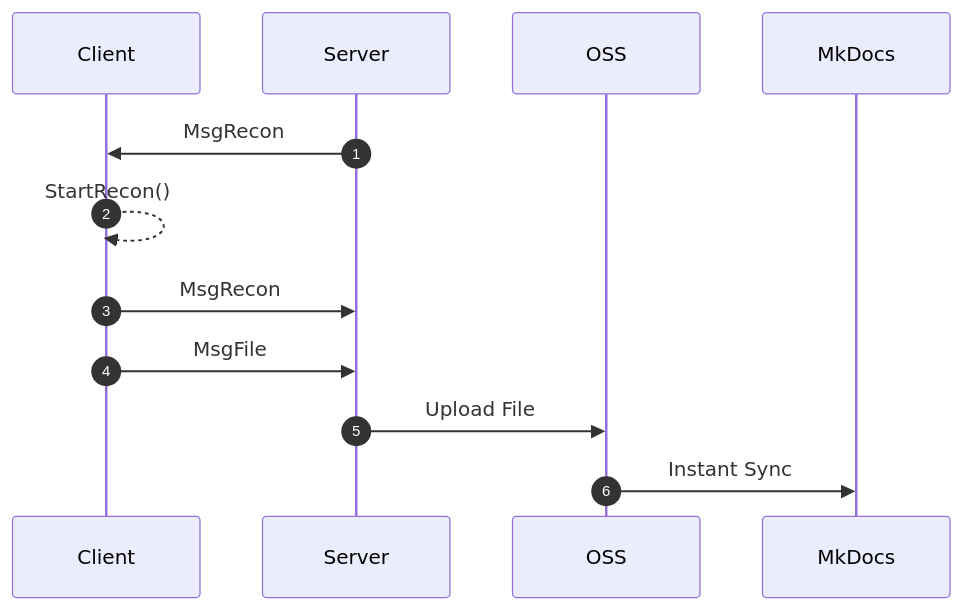
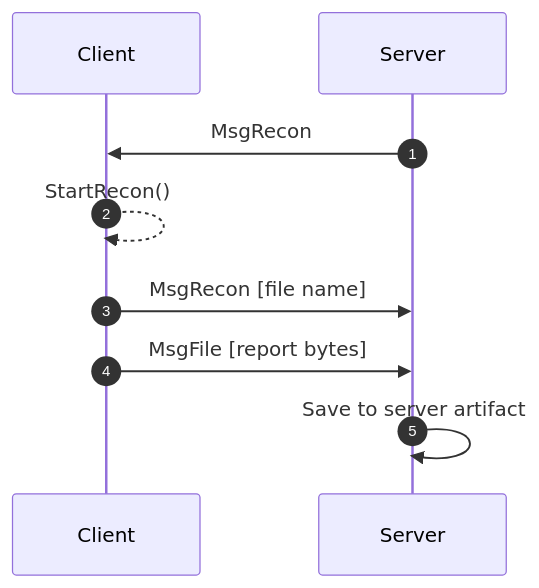
Before and after one commit to SignorMercurio/siren_docs: the first of 10 diagrams in content/docs/(siren)/protocol.mdx, drawn with Mermaid. The commit also changed other lines of this file and 18 other files, not shown here.

````diff
--- a/content/docs/(siren)/protocol.mdx
+++ b/content/docs/(siren)/protocol.mdx
@@ -41,14 +41,11 @@
 ```mermaid
 sequenceDiagram
     autonumber
     participant C as Client
     participant S as Server
-    participant O as OSS
-    participant M as MkDocs
     S->>C: MsgRecon
     C-->>C: StartRecon()
-    C->>S: MsgRecon
-    C->>S: MsgFile
-    S->>O: Upload File
-    O->>M: Instant Sync
+    C->>S: MsgRecon [file name]
+    C->>S: MsgFile [report bytes]
+    S->>S: Save to server artifact
 ```
````
